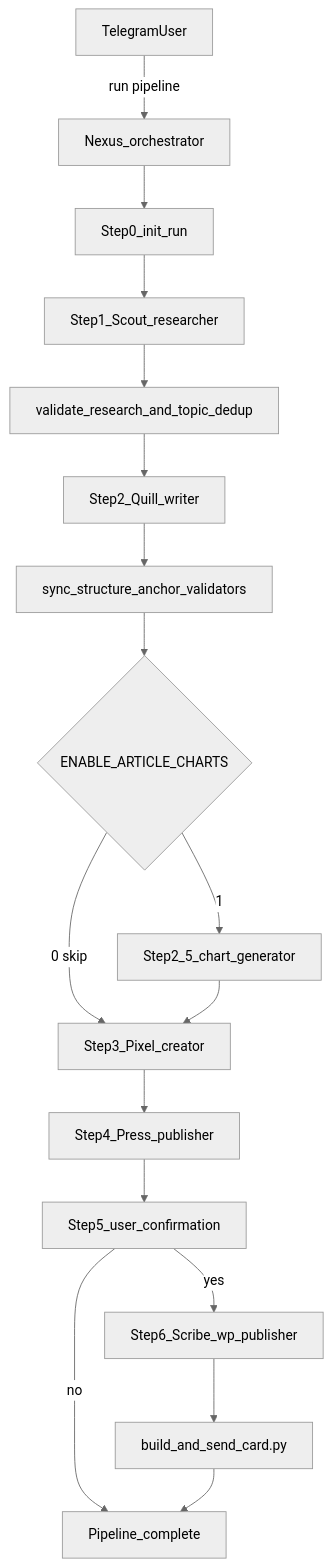
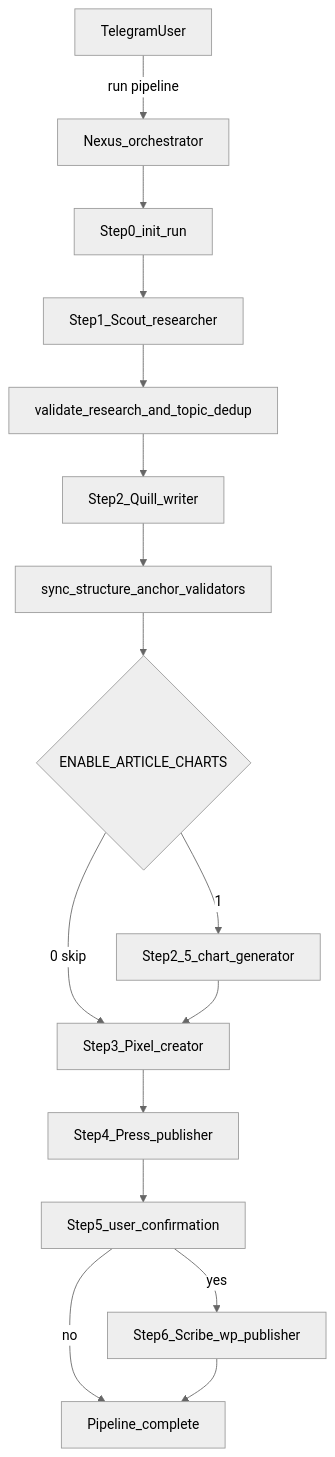
One commit to SpearmintTechnolgies/News-Agent changed the diagram in AGENT_PIPELINE_REGISTRY.md. Above: the diagram before and after it, drawn with Mermaid (neutral theme). The commit also changed other lines of this file and 2010 other files, not shown here.

````diff
--- a/AGENT_PIPELINE_REGISTRY.md
+++ b/AGENT_PIPELINE_REGISTRY.md
@@ -28,19 +28,18 @@
 ```mermaid
 flowchart TD
     TG[TelegramUser] -->|run pipeline| NX[Nexus_orchestrator]
     NX --> S0[Step0_init_run]
     S0 --> S1[Step1_Scout_researcher]
     S1 --> V1[validate_research_and_topic_dedup]
     V1 --> S2[Step2_Quill_writer]
     S2 --> V2[sync_structure_anchor_validators]
     V2 --> S25{ENABLE_ARTICLE_CHARTS}
     S25 -->|1| CH[Step2_5_chart_generator]
     S25 -->|0 skip| S3
     CH --> S3[Step3_Pixel_creator]
     S3 --> S4[Step4_Press_publisher]
     S4 --> S5[Step5_user_confirmation]
     S5 -->|yes| S6[Step6_Scribe_wp_publisher]
     S5 -->|no| DONE[Pipeline_complete]
-    S6 --> CardSend[build_and_send_card.py]
-    CardSend --> DONE
+    S6 --> DONE
 ```
````
